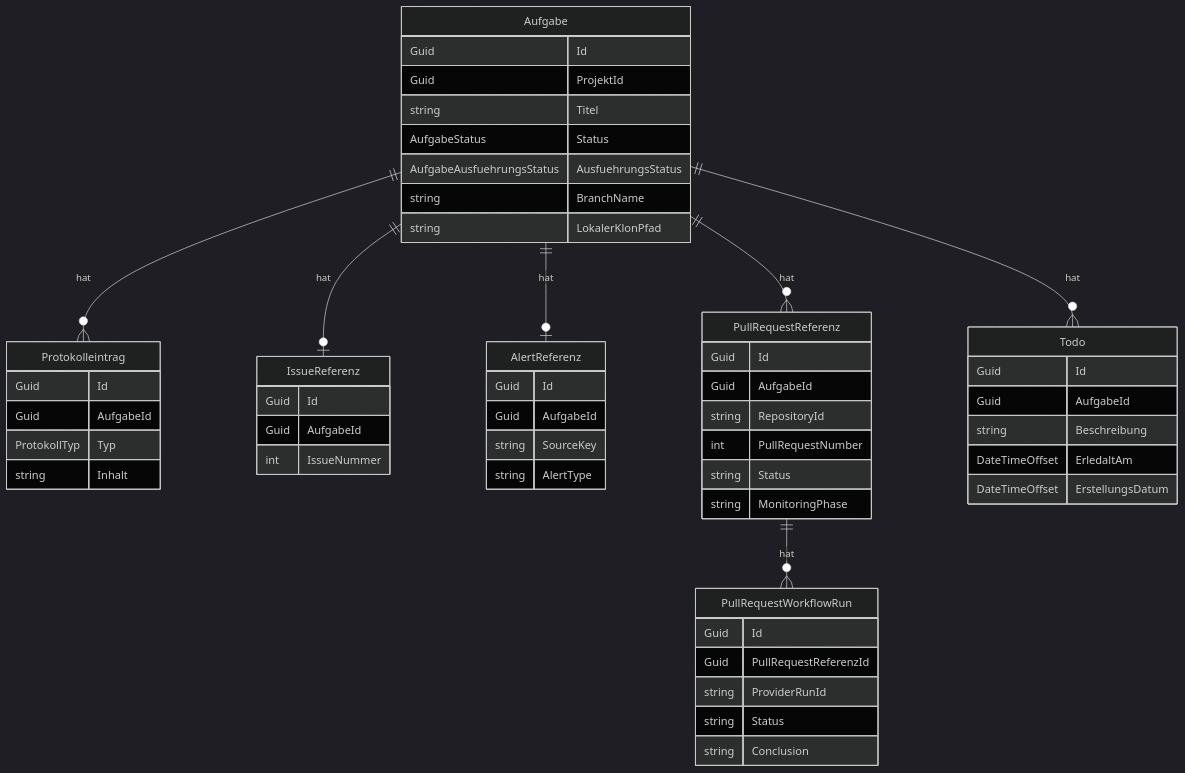
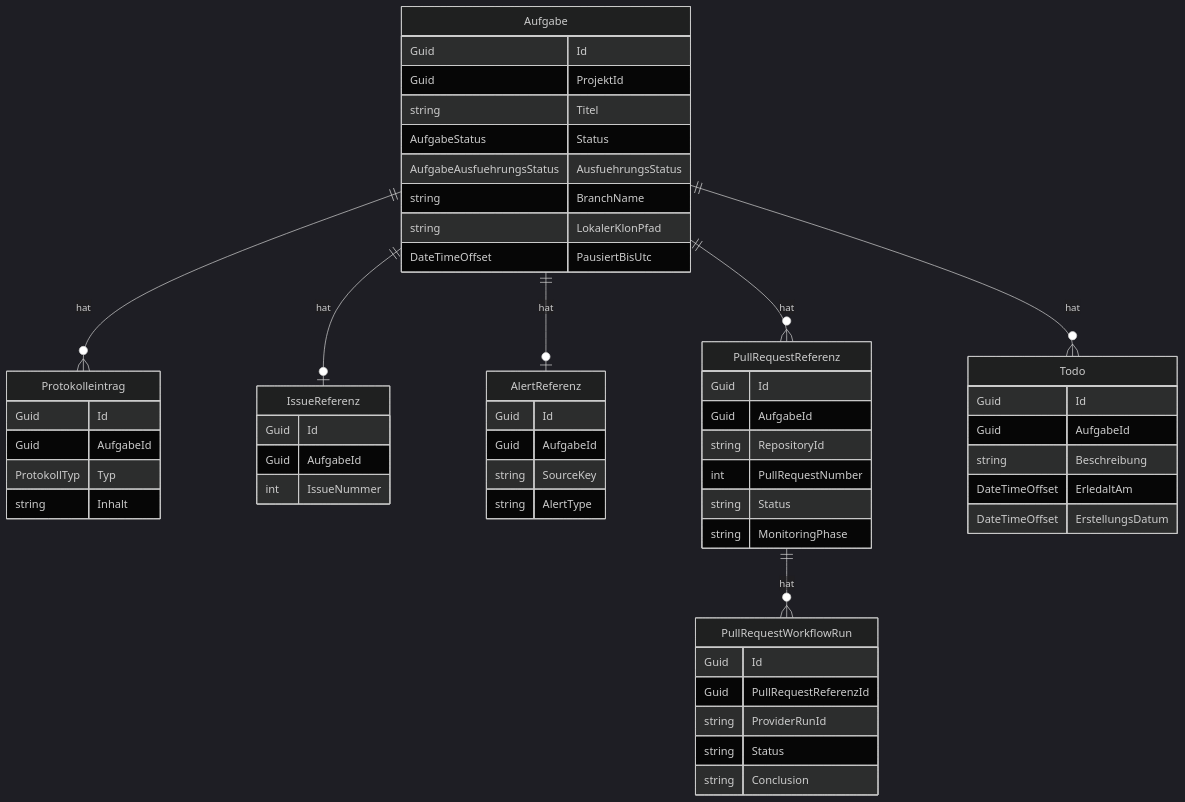
The second of 2 diagrams in docs/help/aufgaben/datenmodell.md (martin-stromberg/Softwareschmiede), drawn with Mermaid (dark theme) before and after one commit. The commit also changed other lines of this file and 71 other files, not shown here.

````diff
--- a/docs/help/aufgaben/datenmodell.md
+++ b/docs/help/aufgaben/datenmodell.md
@@ -152,57 +155,58 @@
 ```mermaid
 erDiagram
     Aufgabe {
         Guid Id
         Guid ProjektId
         string Titel
         AufgabeStatus Status
         AufgabeAusfuehrungsStatus AusfuehrungsStatus
         string BranchName
         string LokalerKlonPfad
+        DateTimeOffset PausiertBisUtc
     }
     Protokolleintrag {
         Guid Id
         Guid AufgabeId
         ProtokollTyp Typ
         string Inhalt
     }
     IssueReferenz {
         Guid Id
         Guid AufgabeId
         int IssueNummer
     }
     AlertReferenz {
         Guid Id
         Guid AufgabeId
         string SourceKey
         string AlertType
     }
     PullRequestReferenz {
         Guid Id
         Guid AufgabeId
         string RepositoryId
         int PullRequestNumber
         string Status
         string MonitoringPhase
     }
     PullRequestWorkflowRun {
         Guid Id
         Guid PullRequestReferenzId
         string ProviderRunId
         string Status
         string Conclusion
     }
     Todo {
         Guid Id
         Guid AufgabeId
         string Beschreibung
         DateTimeOffset ErledaltAm
         DateTimeOffset ErstellungsDatum
     }
     Aufgabe ||--o{ Protokolleintrag : "hat"
     Aufgabe ||--o| IssueReferenz : "hat"
     Aufgabe ||--o| AlertReferenz : "hat"
     Aufgabe ||--o{ PullRequestReferenz : "hat"
     Aufgabe ||--o{ Todo : "hat"
     PullRequestReferenz ||--o{ PullRequestWorkflowRun : "hat"
 ```
````
